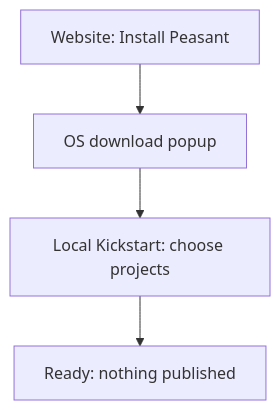
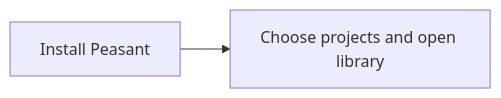
One commit to peasant-labs/peasant changed the diagram in docs/research/agent-kickstart.md. Above: the diagram before and after it, drawn with Mermaid. The commit also changed other lines of this file, not shown here.

Commit message:
docs: reduce kickstart proposal to install and open library

````diff
--- a/docs/research/agent-kickstart.md
+++ b/docs/research/agent-kickstart.md
@@ -33,6 +17,4 @@
 ```mermaid
-flowchart TD
-    A["Website: Install Peasant"] --> B["OS download popup"]
-    B --> C["Local Kickstart: choose projects"]
-    C --> D["Ready: nothing published"]
+flowchart LR
+    A["Install Peasant"] --> B["Choose projects and open library"]
 ```
````
